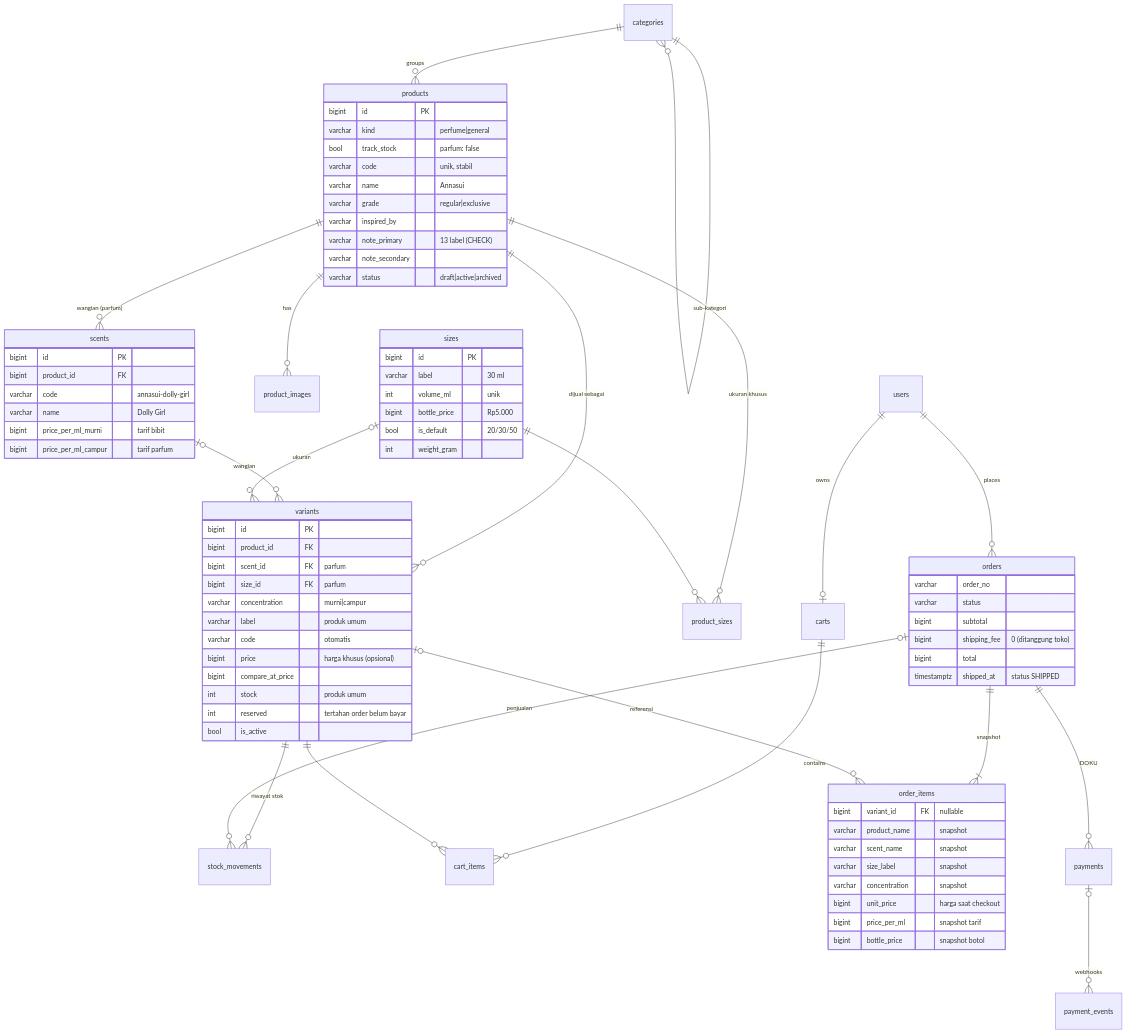
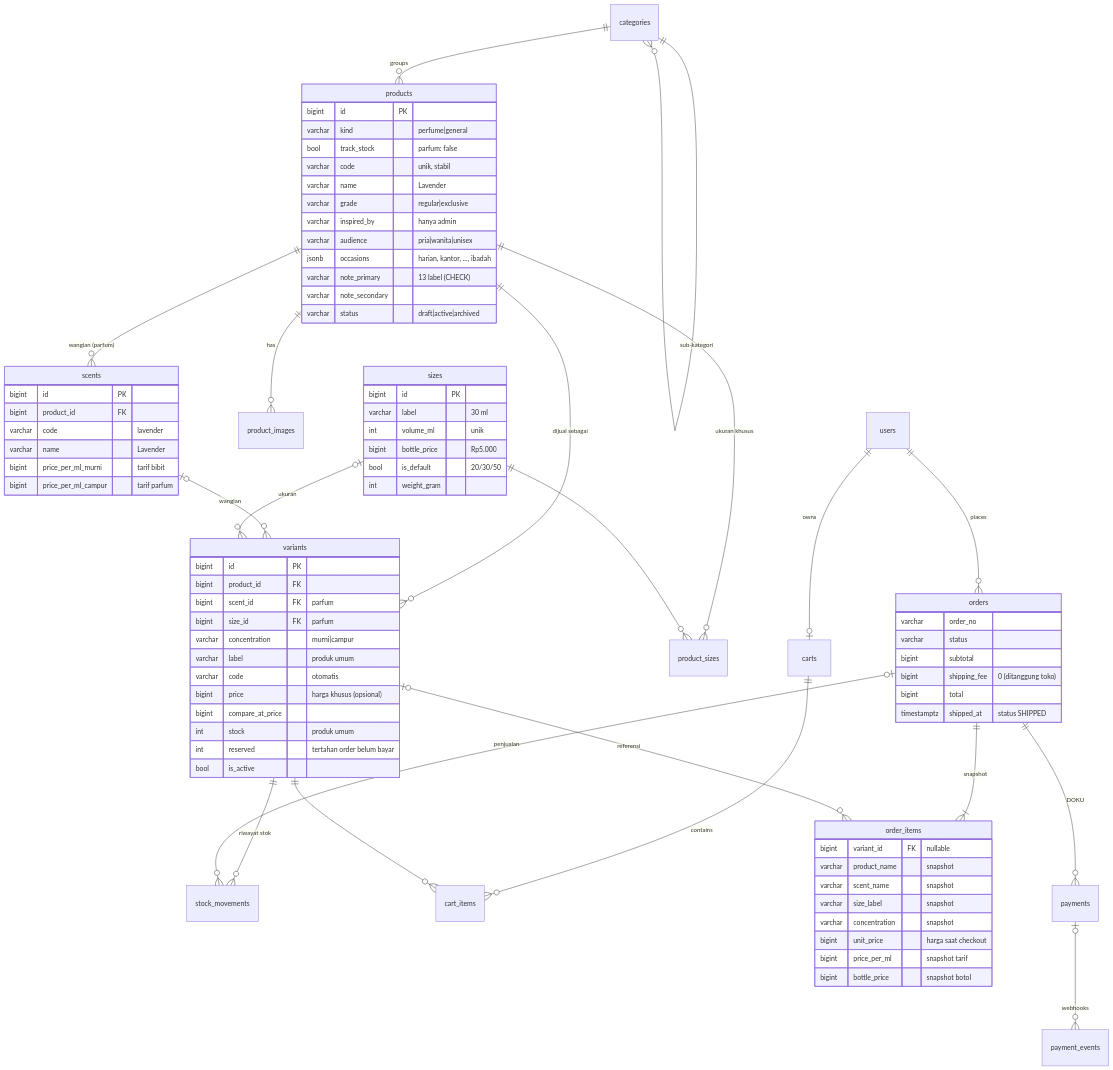
The diagram in docs/schema/README.md (JordanAryaLeksana/Station-parfume-backend), drawn with Mermaid before and after one commit. The commit also changed other lines of this file and 24 other files, not shown here.

First line of the commit message:
feat(catalog): audience/occasions, in-place renames, owner XLSX converter

```diff
--- a/docs/schema/README.md
+++ b/docs/schema/README.md
@@ -81,9 +81,11 @@
         varchar kind "perfume|general"
         bool track_stock "parfum: false"
         varchar code "unik, stabil"
-        varchar name "Annasui"
+        varchar name "Lavender"
         varchar grade "regular|exclusive"
-        varchar inspired_by
+        varchar inspired_by "hanya admin"
+        varchar audience "pria|wanita|unisex"
+        jsonb occasions "harian, kantor, ..., ibadah"
         varchar note_primary "13 label (CHECK)"
         varchar note_secondary
         varchar status "draft|active|archived"
@@ -91,8 +93,8 @@
     scents {
         bigint id PK
         bigint product_id FK
-        varchar code "annasui-dolly-girl"
-        varchar name "Dolly Girl"
+        varchar code "lavender"
+        varchar name "Lavender"
         bigint price_per_ml_murni "tarif bibit"
         bigint price_per_ml_campur "tarif parfum"
     }
```
